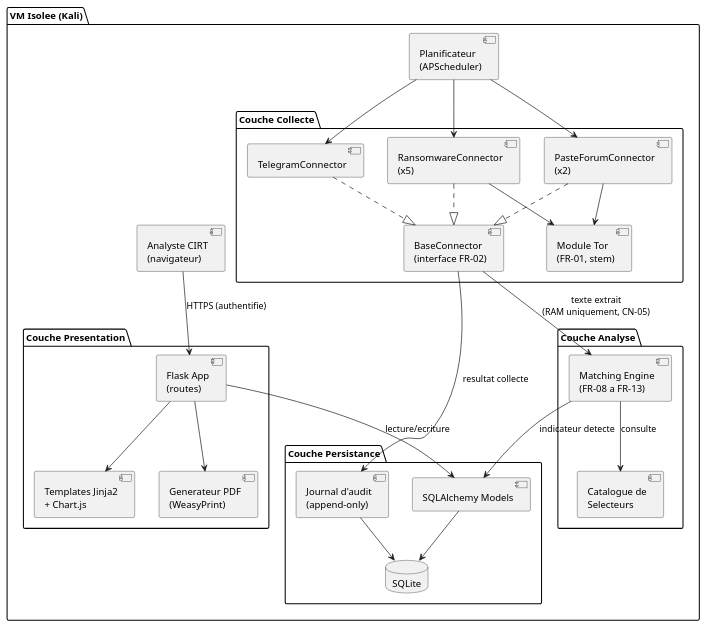
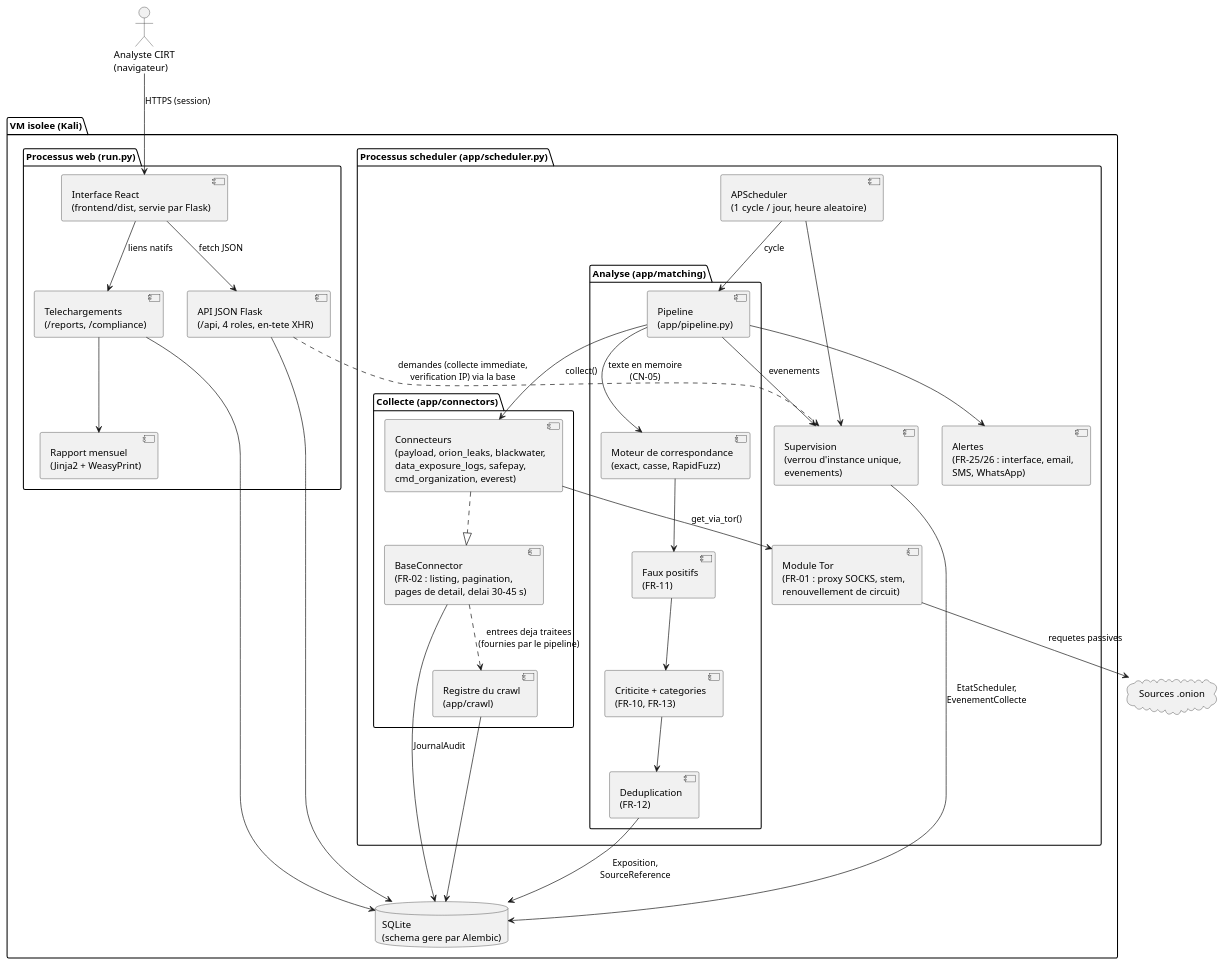
One commit to vnyay1/dark-web-monitoring changed the diagram in docs/uml/components.puml. Above: the diagram before and after it, drawn with PlantUML. The commit also changed 4 other files, not shown here.

First line of the commit message:
docs: diagrammes UML alignes sur le code, .env.example, arborescence du README

```diff
--- a/docs/uml/components.puml
+++ b/docs/uml/components.puml
@@ -1,60 +1,71 @@
 @startuml Components_DarkWebMonitoring
 
-package "VM Isolee (Kali)" {
+' Architecture de Sentinel : deux processus Python sur la VM de collecte,
+' qui ne communiquent que par la base de donnees.
 
-  component "Planificateur\n(APScheduler)" as Scheduler
+package "VM isolee (Kali)" {
 
-  package "Couche Collecte" {
-    component "BaseConnector\n(interface FR-02)" as BaseConnector
-    component "RansomwareConnector\n(x5)" as RansomwareConn
-    component "PasteForumConnector\n(x2)" as PasteConn
-    component "TelegramConnector" as TelegramConn
-    component "Module Tor\n(FR-01, stem)" as TorModule
+  package "Processus scheduler (app/scheduler.py)" {
+    component "APScheduler\n(1 cycle / jour, heure aleatoire)" as Scheduler
+    component "Supervision\n(verrou d'instance unique,\nevenements)" as Supervision
+
+    package "Collecte (app/connectors)" {
+      component "BaseConnector\n(FR-02 : listing, pagination,\npages de detail, delai 30-45 s)" as BaseConnector
+      component "Connecteurs\n(payload, orion_leaks, blackwater,\ndata_exposure_logs, safepay,\ncmd_organization, everest)" as Connecteurs
+      component "Registre du crawl\n(app/crawl)" as Registre
+    }
+
+    component "Module Tor\n(FR-01 : proxy SOCKS, stem,\nrenouvellement de circuit)" as Tor
+
+    package "Analyse (app/matching)" {
+      component "Pipeline\n(app/pipeline.py)" as Pipeline
+      component "Moteur de correspondance\n(exact, casse, RapidFuzz)" as Engine
+      component "Faux positifs\n(FR-11)" as Exclusion
+      component "Criticite + categories\n(FR-10, FR-13)" as Criticite
+      component "Deduplication\n(FR-12)" as Dedup
+    }
+
+    component "Alertes\n(FR-25/26 : interface, email,\nSMS, WhatsApp)" as Alertes
   }
 
-  package "Couche Analyse" {
-    component "Matching Engine\n(FR-08 a FR-13)" as MatchingEngine
-    component "Catalogue de\nSelecteurs" as Selecteurs
+  package "Processus web (run.py)" {
+    component "API JSON Flask\n(/api, 4 roles, en-tete XHR)" as API
+    component "Telechargements\n(/reports, /compliance)" as Downloads
+    component "Rapport mensuel\n(Jinja2 + WeasyPrint)" as PDF
+    component "Interface React\n(frontend/dist, servie par Flask)" as SPA
   }
 
-  package "Couche Persistance" {
-    component "SQLAlchemy Models" as Models
-    database "SQLite" as DB
-    component "Journal d'audit\n(append-only)" as AuditLog
-  }
-
-  package "Couche Presentation" {
-    component "Flask App\n(routes)" as FlaskApp
-    component "Templates Jinja2\n+ Chart.js" as Templates
-    component "Generateur PDF\n(WeasyPrint)" as PDFGen
-  }
-
-  component "Analyste CIRT\n(navigateur)" as Analyste
-
+  database "SQLite\n(schema gere par Alembic)" as DB
 }
 
-Scheduler --> RansomwareConn
-Scheduler --> PasteConn
-Scheduler --> TelegramConn
+actor "Analyste CIRT\n(navigateur)" as Analyste
+cloud "Sources .onion" as Onion
 
-RansomwareConn ..|> BaseConnector
-PasteConn ..|> BaseConnector
-TelegramConn ..|> BaseConnector
+Scheduler --> Pipeline : cycle
+Scheduler --> Supervision
+Connecteurs ..|> BaseConnector
+Pipeline --> Connecteurs : collect()
+Connecteurs --> Tor : get_via_tor()
+Tor --> Onion : requetes passives
+BaseConnector ..> Registre : entrees deja traitees\n(fournies par le pipeline)
 
-RansomwareConn --> TorModule
-PasteConn --> TorModule
+Pipeline --> Engine : texte en memoire\n(CN-05)
+Engine --> Exclusion
+Exclusion --> Criticite
+Criticite --> Dedup
+Dedup --> DB : Exposition,\nSourceReference
+Pipeline --> Alertes
+Pipeline --> Supervision : evenements
+Registre --> DB
+Supervision --> DB : EtatScheduler,\nEvenementCollecte
+BaseConnector --> DB : JournalAudit
 
-BaseConnector --> MatchingEngine : texte extrait\n(RAM uniquement, CN-05)
-MatchingEngine --> Selecteurs : consulte
-MatchingEngine --> Models : indicateur detecte
-BaseConnector --> AuditLog : resultat collecte
-
-Models --> DB
-AuditLog --> DB
-
-FlaskApp --> Models : lecture/ecriture
-FlaskApp --> Templates
-FlaskApp --> PDFGen
-Analyste --> FlaskApp : HTTPS (authentifie)
+Analyste --> SPA : HTTPS (session)
+SPA --> API : fetch JSON
+SPA --> Downloads : liens natifs
+Downloads --> PDF
+API --> DB
+Downloads --> DB
+API ..> Supervision : demandes (collecte immediate,\nverification IP) via la base
 
 @enduml
```
